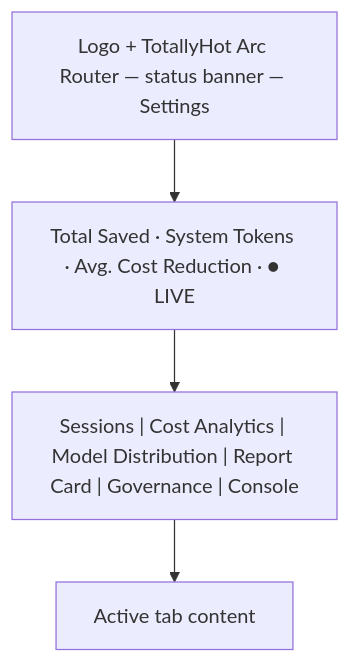
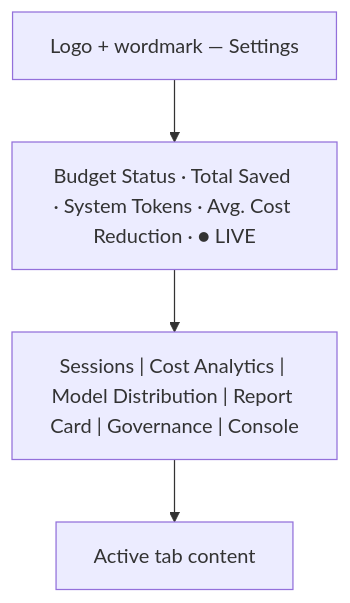
One commit to davidpizon/TotallyHot-ArcRouter changed the diagram in docs/gui/dashboard.md. Above: the diagram before and after it, drawn with Mermaid. The commit also changed other lines of this file and 2 other files, not shown here.

First line of the commit message:
Document all nine Governance sub-views and fix stale layout diagram

````diff
--- a/docs/gui/dashboard.md
+++ b/docs/gui/dashboard.md
@@ -83,9 +83,9 @@
 ```mermaid
 flowchart TD
-    Header["Logo + TotallyHot Arc Router — status banner — Settings"]
-    Ticker["Total Saved · System Tokens · Avg. Cost Reduction · ● LIVE"]
+    Header["Logo + wordmark — Settings"]
+    Ticker["Budget Status · Total Saved · System Tokens · Avg. Cost Reduction · ● LIVE"]
     Tabs["Sessions | Cost Analytics | Model Distribution | Report Card | Governance | Console"]
     Content["Active tab content"]
 
     Header --> Ticker --> Tabs --> Content
 ```
````
